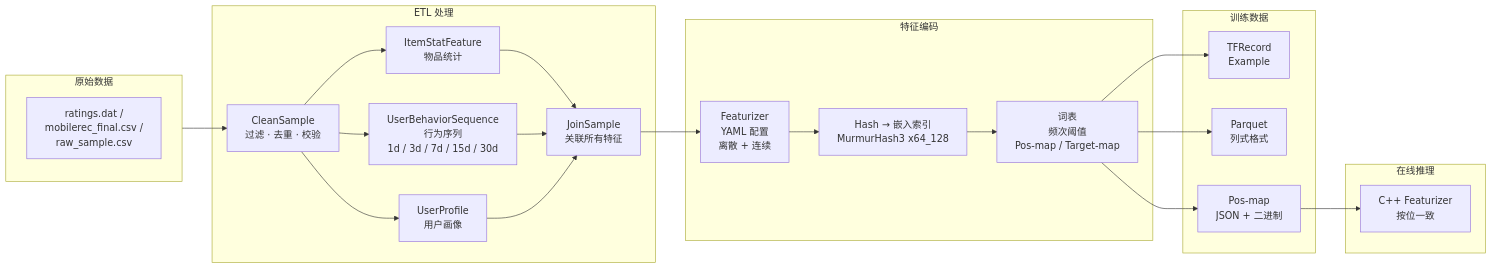
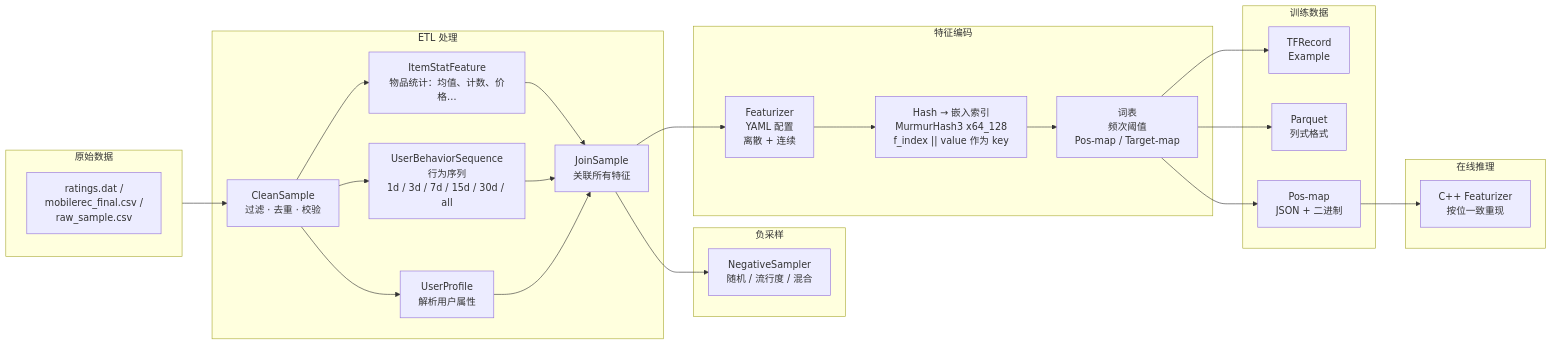
Before and after one commit to shardzhang/gerbil-data: the first of 2 diagrams in README_CH.md, drawn with Mermaid. The commit also changed other lines of this file and 2 other files, not shown here.

````diff
--- a/README_CH.md
+++ b/README_CH.md
@@ -98,36 +111,41 @@
 ```mermaid
 flowchart LR
     subgraph Raw["原始数据"]
         direction TB
         R1["ratings.dat /<br/>mobilerec_final.csv /<br/>raw_sample.csv"]
     end
 
     subgraph ETL["ETL 处理"]
         C["CleanSample<br/>过滤 · 去重 · 校验"]
-        S["ItemStatFeature<br/>物品统计"]
-        B["UserBehaviorSequence<br/>行为序列<br/>1d / 3d / 7d / 15d / 30d"]
-        P["UserProfile<br/>用户画像"]
+        S["ItemStatFeature<br/>物品统计：均值、计数、价格…"]
+        B["UserBehaviorSequence<br/>行为序列<br/>1d / 3d / 7d / 15d / 30d / all"]
+        P["UserProfile<br/>解析用户属性"]
         J["JoinSample<br/>关联所有特征"]
+    end
+
+    subgraph Sampling["负采样"]
+        N["NegativeSampler<br/>随机 / 流行度 / 混合"]
     end
 
     subgraph Encoding["特征编码"]
         F["Featurizer<br/>YAML 配置<br/>离散 + 连续"]
-        H["Hash → 嵌入索引<br/>MurmurHash3 x64_128"]
+        H["Hash → 嵌入索引<br/>MurmurHash3 x64_128<br/>f_index || value 作为 key"]
         V["词表<br/>频次阈值<br/>Pos-map / Target-map"]
     end
 
     subgraph Train["训练数据"]
         T["TFRecord<br/>Example"]
         Pq["Parquet<br/>列式格式"]
         Pm["Pos-map<br/>JSON + 二进制"]
     end
 
     subgraph Serve["在线推理"]
-        Cp["C++ Featurizer<br/>按位一致"]
+        Cp["C++ Featurizer<br/>按位一致重现"]
     end
 
     Raw --> C --> S & B & P --> J
-    J --> F --> H --> V
+    J --> N & F
+    F --> H --> V
     V --> T & Pq & Pm
     Pm --> Cp
 ```
````
